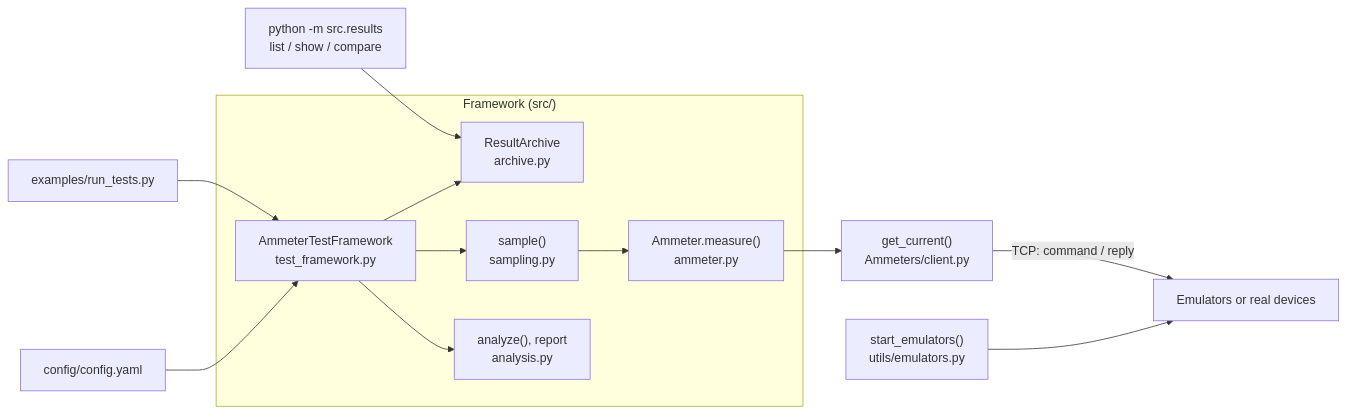
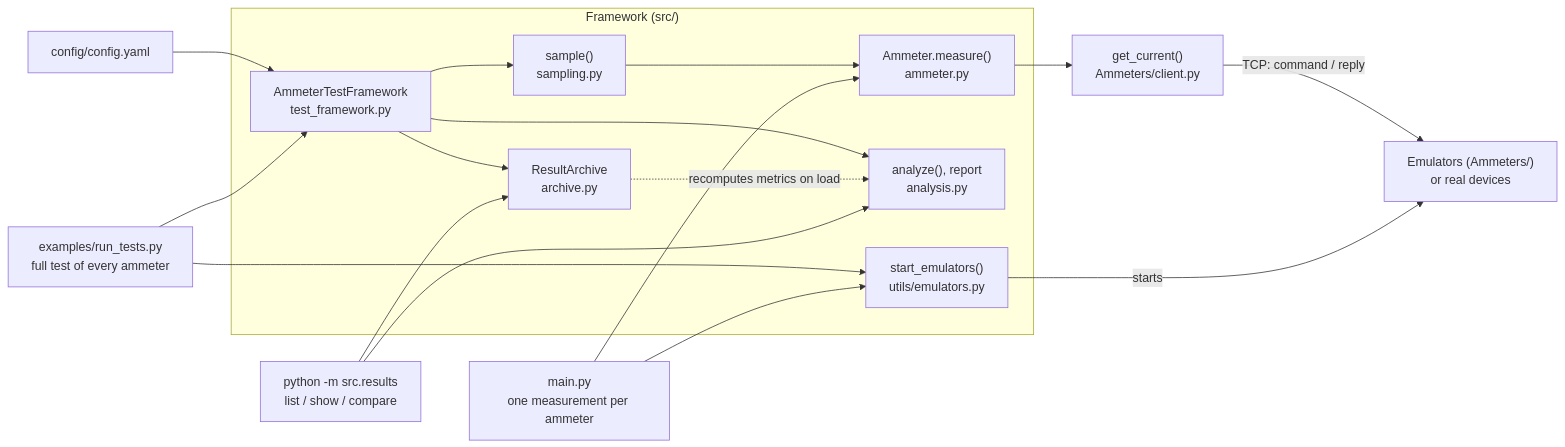
The diagram in DESIGN.md (demuch/awesome-ammeter-test-framework), drawn with Mermaid before and after one commit. The commit also changed other lines of this file, not shown here.

Commit message:
DESIGN.md: correct the architecture diagram
start_emulators() is in src/ and is now drawn inside the framework, with
its callers; main.py was missing; the CLI uses the report code; the
archive recomputes metrics on load (dotted).

````diff
--- a/DESIGN.md
+++ b/DESIGN.md
@@ -8,18 +8,32 @@
 ```mermaid
 flowchart LR
-    RT["examples/run_tests.py"] --> FW
-    CLI["python -m src.results<br>list / show / compare"] --> AR
-    CFG["config/config.yaml"] --> FW
+    MAIN["main.py<br>one measurement per ammeter"]
+    RT["examples/run_tests.py<br>full test of every ammeter"]
+    CLI["python -m src.results<br>list / show / compare"]
+    CFG["config/config.yaml"]
 
     subgraph framework["Framework (src/)"]
         FW["AmmeterTestFramework<br>test_framework.py"]
-        FW --> SA["sample()<br>sampling.py"]
-        FW --> AN["analyze(), report<br>analysis.py"]
-        FW --> AR["ResultArchive<br>archive.py"]
-        SA --> API["Ammeter.measure()<br>ammeter.py"]
+        SA["sample()<br>sampling.py"]
+        API["Ammeter.measure()<br>ammeter.py"]
+        AN["analyze(), report<br>analysis.py"]
+        AR["ResultArchive<br>archive.py"]
+        EM["start_emulators()<br>utils/emulators.py"]
+        FW --> SA --> API
+        FW --> AN
+        FW --> AR
+        AR -. recomputes metrics on load .-> AN
     end
 
+    CFG --> FW
+    RT --> FW
+    RT --> EM
+    MAIN --> EM
+    MAIN --> API
+    CLI --> AR
+    CLI --> AN
+
     API --> CL["get_current()<br>Ammeters/client.py"]
-    CL -- "TCP: command / reply" --> DEV["Emulators or real devices"]
-    EM["start_emulators()<br>utils/emulators.py"] --> DEV
+    CL -- "TCP: command / reply" --> DEV["Emulators (Ammeters/)<br>or real devices"]
+    EM -- "starts" --> DEV
 ```
````
